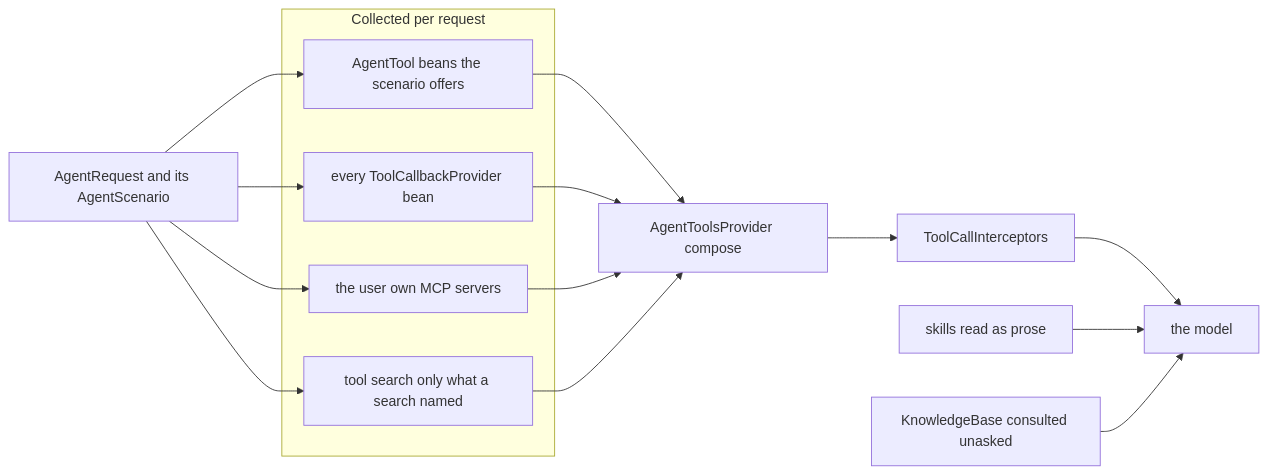
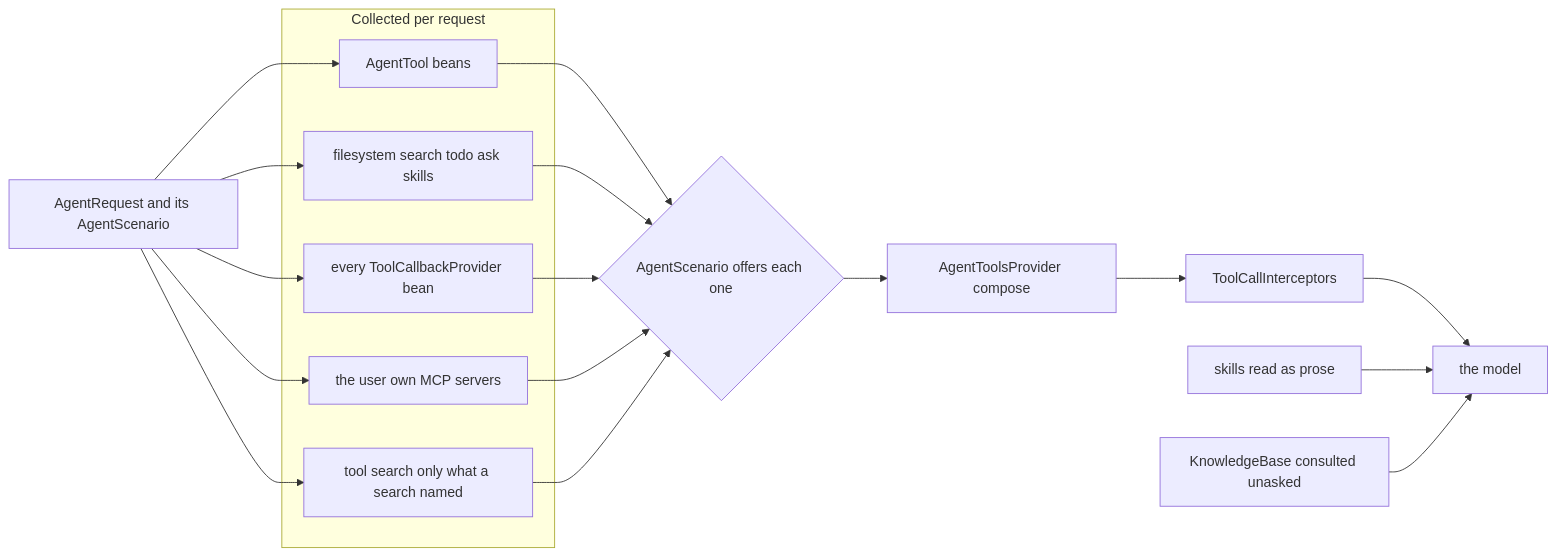
Before and after one commit to kezhenxu94/spring-agent: the fourth of 7 diagrams in docs/architecture.md, drawn with Mermaid. The commit also changed other lines of this file and 29 other files, not shown here.

````diff
--- a/docs/architecture.md
+++ b/docs/architecture.md
@@ -178,30 +178,36 @@
 ```mermaid
 flowchart LR
     request[AgentRequest and its AgentScenario]
 
     subgraph COLLECTED[Collected per request]
-        beans[AgentTool beans the scenario offers]
+        beans[AgentTool beans]
+        ambient[filesystem search todo ask skills]
         providers[every ToolCallbackProvider bean]
         peruser[the user own MCP servers]
         search[tool search only what a search named]
     end
+
+    gate{AgentScenario offers each one}
 
     compose[AgentToolsProvider compose]
     intercept[ToolCallInterceptors]
     model[the model]
     skills[skills read as prose]
     kb[KnowledgeBase consulted unasked]
 
     request --> beans
+    request --> ambient
     request --> providers
     request --> peruser
     request --> search
-    beans --> compose
-    providers --> compose
-    peruser --> compose
-    search --> compose
+    beans --> gate
+    ambient --> gate
+    providers --> gate
+    peruser --> gate
+    search --> gate
+    gate --> compose
     compose --> intercept
     intercept --> model
     skills --> model
     kb --> model
 ```
````
